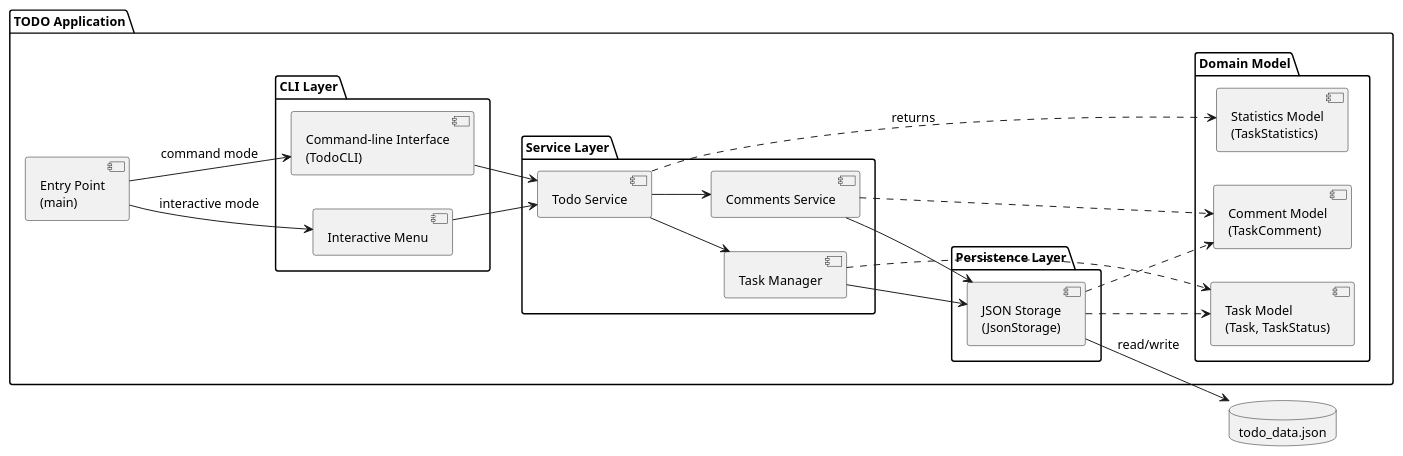
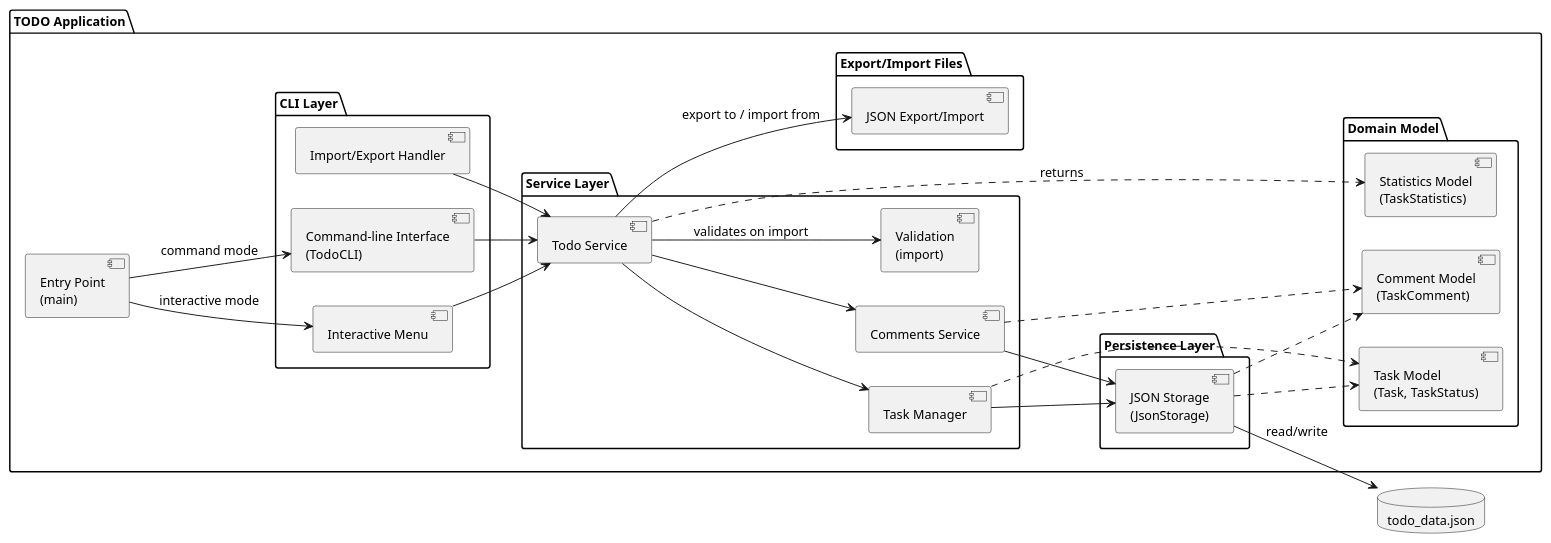
One commit to DanielRiha8906/Software_autoevolution_using_agents changed the diagram in experiments/supervisor_as_tools/structured_text/TODO/artifacts/component_diagram.puml. Above: the diagram before and after it, drawn with PlantUML. The commit also changed 11 other files, not shown here.

```diff
--- a/experiments/supervisor_as_tools/structured_text/TODO/artifacts/component_diagram.puml
+++ b/experiments/supervisor_as_tools/structured_text/TODO/artifacts/component_diagram.puml
@@ -1,54 +1,63 @@
 @startuml component_diagram
 
 skinparam componentStyle uml2
 skinparam defaultFontSize 13
 
 left to right direction
 
 package "TODO Application" {
 
     component "Entry Point\n(main)" as Main
 
     package "CLI Layer" {
         component "Interactive Menu" as IM
         component "Command-line Interface\n(TodoCLI)" as CLI
+        component "Import/Export Handler" as IEH
     }
 
     package "Service Layer" {
         component "Todo Service" as SVC
         component "Task Manager" as MGR
         component "Comments Service" as COM
+        component "Validation\n(import)" as VAL
     }
 
     package "Domain Model" {
         component "Task Model\n(Task, TaskStatus)" as Model
         component "Comment Model\n(TaskComment)" as CommentModel
         component "Statistics Model\n(TaskStatistics)" as StatsModel
     }
 
     package "Persistence Layer" {
         component "JSON Storage\n(JsonStorage)" as Storage
     }
+
+    package "Export/Import Files" {
+        component "JSON Export/Import" as Files
+    }
 }
 
 database "todo_data.json" as DB
 
 Main --> IM : interactive mode
 Main --> CLI : command mode
 
 IM --> SVC
 CLI --> SVC
+IEH --> SVC
 
 SVC --> MGR
 SVC --> COM
+SVC --> VAL : validates on import
 SVC ..> StatsModel : returns
 MGR --> Storage
 MGR ..> Model
 COM --> Storage
 COM ..> CommentModel
 Storage ..> Model
 Storage ..> CommentModel
 
 Storage --> DB : read/write
+SVC --> Files : export to / import from
 
 @enduml
```
